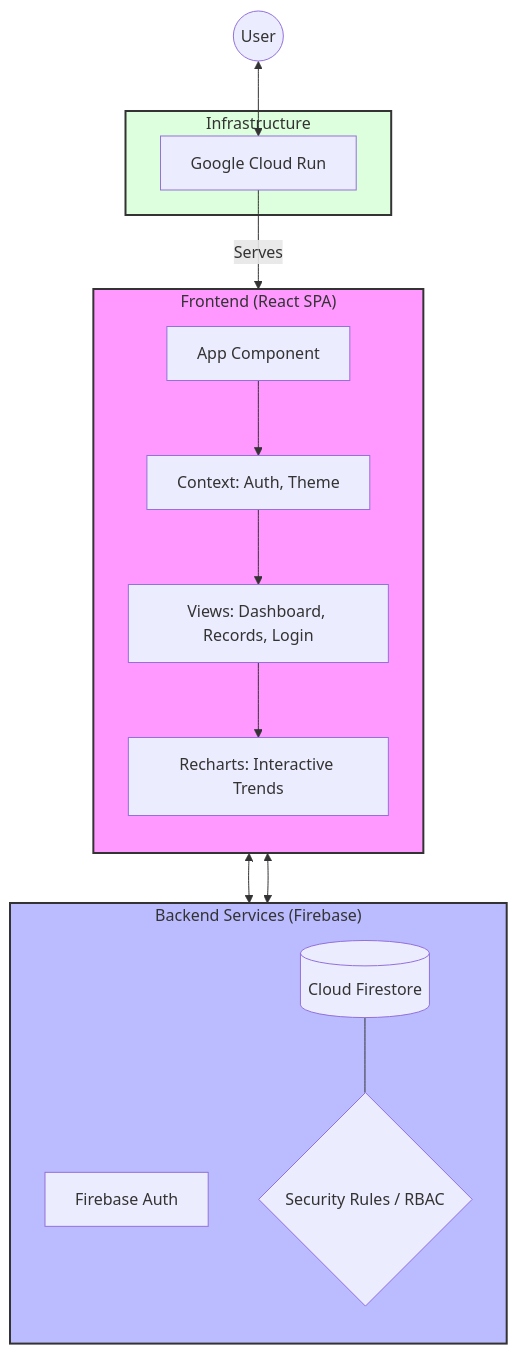
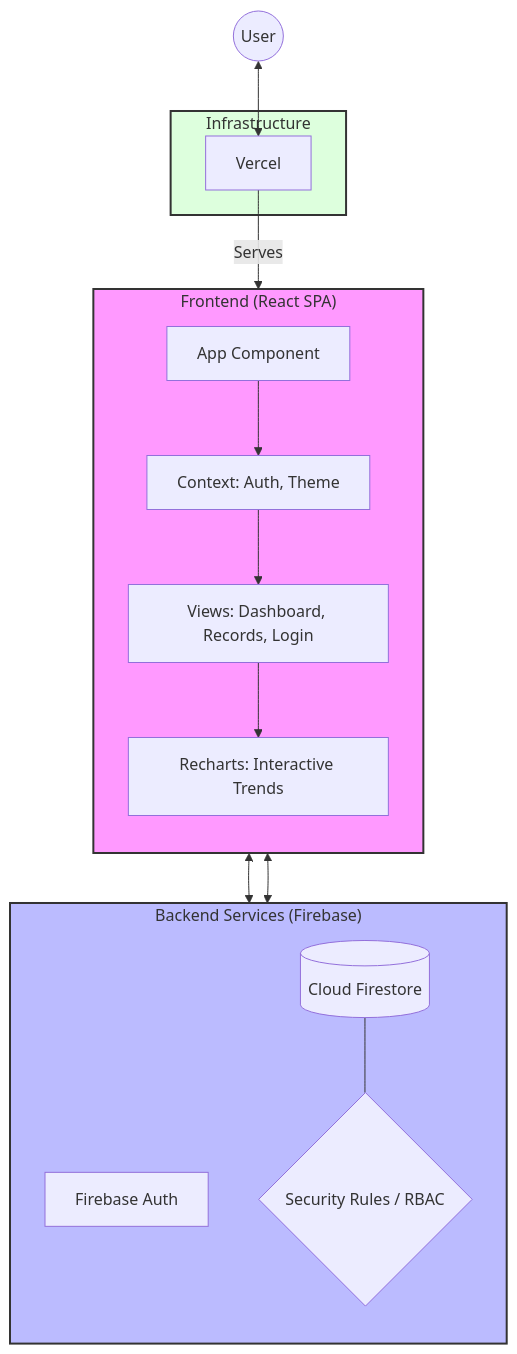
Before and after one commit to srigged/My-Ledger-: the diagram in README.md, drawn with Mermaid.

````diff
--- a/README.md
+++ b/README.md
@@ -35,38 +35,38 @@
 ```mermaid
 flowchart TB
     User((User))
     
     subgraph Frontend ["Frontend (React SPA)"]
         direction TB
         App[App Component]
         Context[Context: Auth, Theme]
         Views[Views: Dashboard, Records, Login]
         Charts[Recharts: Interactive Trends]
         
         App --> Context
         Context --> Views
         Views --> Charts
     end
 
     subgraph Firebase ["Backend Services (Firebase)"]
         direction TB
         Auth[Firebase Auth]
         Firestore[(Cloud Firestore)]
         Rules{Security Rules / RBAC}
         
         Firestore --- Rules
     end
 
     subgraph Infrastructure ["Infrastructure"]
-        GCR[Google Cloud Run]
+        Vercel[Vercel]
     end
 
-    User <--> GCR
-    GCR -- Serves --> Frontend
+    User <--> Vercel
+    Vercel -- Serves --> Frontend
     Frontend <--> Auth
     Frontend <--> Firestore
     
     style Frontend fill:#f9f,stroke:#333,stroke-width:2px
     style Firebase fill:#bbf,stroke:#333,stroke-width:2px
     style Infrastructure fill:#dfd,stroke:#333,stroke-width:2px
 ```
````
